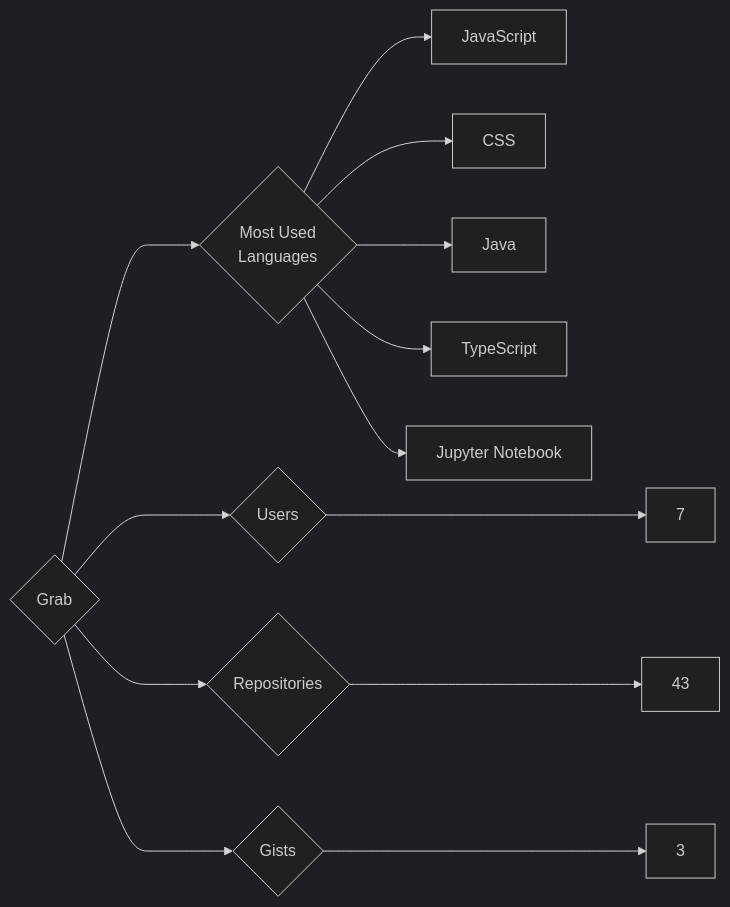
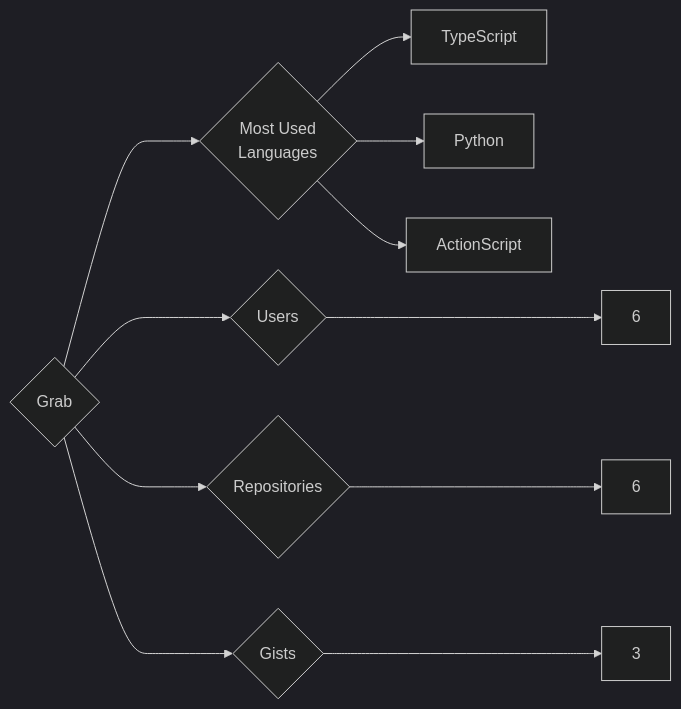
Before and after one commit to trickest/insiders: the diagram in targets/Grab/README.md, drawn with Mermaid (dark theme). The commit also changed 934 other files, not shown here.

````diff
--- a/targets/Grab/README.md
+++ b/targets/Grab/README.md
@@ -3,13 +3,11 @@
 ```mermaid
 graph LR
 COMPANY_NAME{Grab}
-COMPANY_NAME ---> U{Users} ---> UN[7]
-COMPANY_NAME ---> R{Repositories} ---> RN[43]
+COMPANY_NAME ---> U{Users} ---> UN[6]
+COMPANY_NAME ---> R{Repositories} ---> RN[6]
 COMPANY_NAME ---> G{Gists} ---> GN[3]
 COMPANY_NAME ---> ML{Most Used<br>Languages}
-ML --> JavaScript[JavaScript]
-ML --> CSS[CSS]
-ML --> Java[Java]
 ML --> TypeScript[TypeScript]
-ML --> Jupyter_Notebook[Jupyter Notebook]
+ML --> Python[Python]
+ML --> ActionScript[ActionScript]
 ```
````
